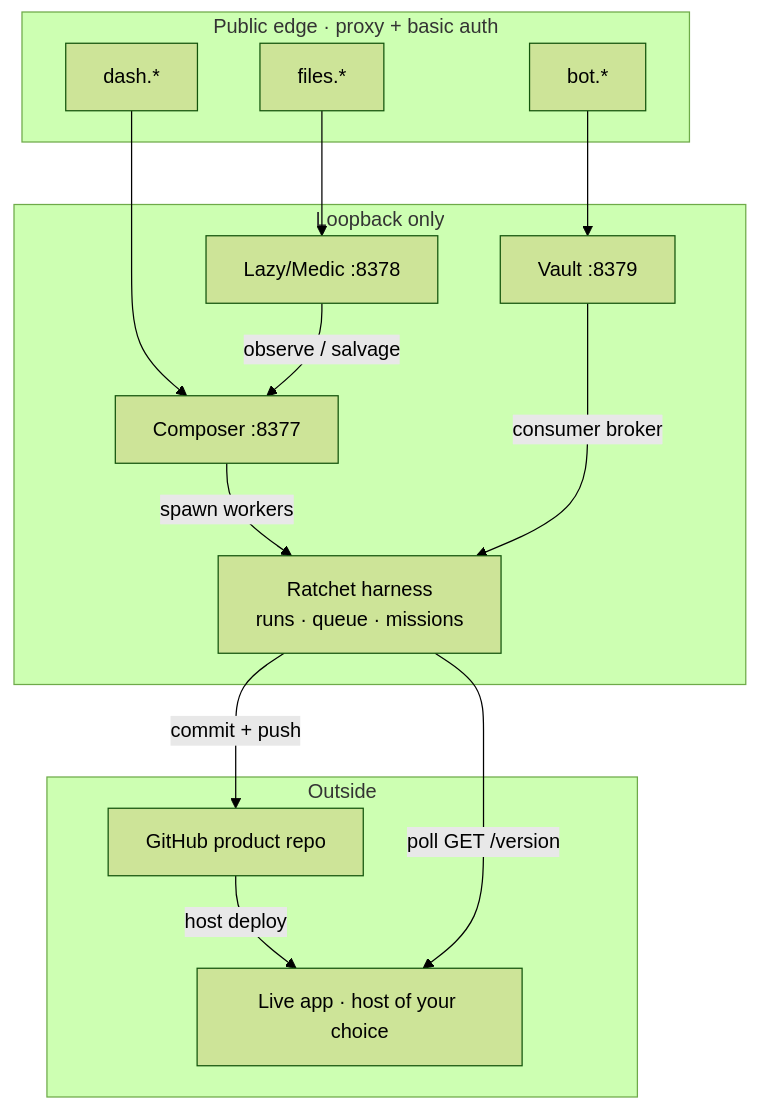
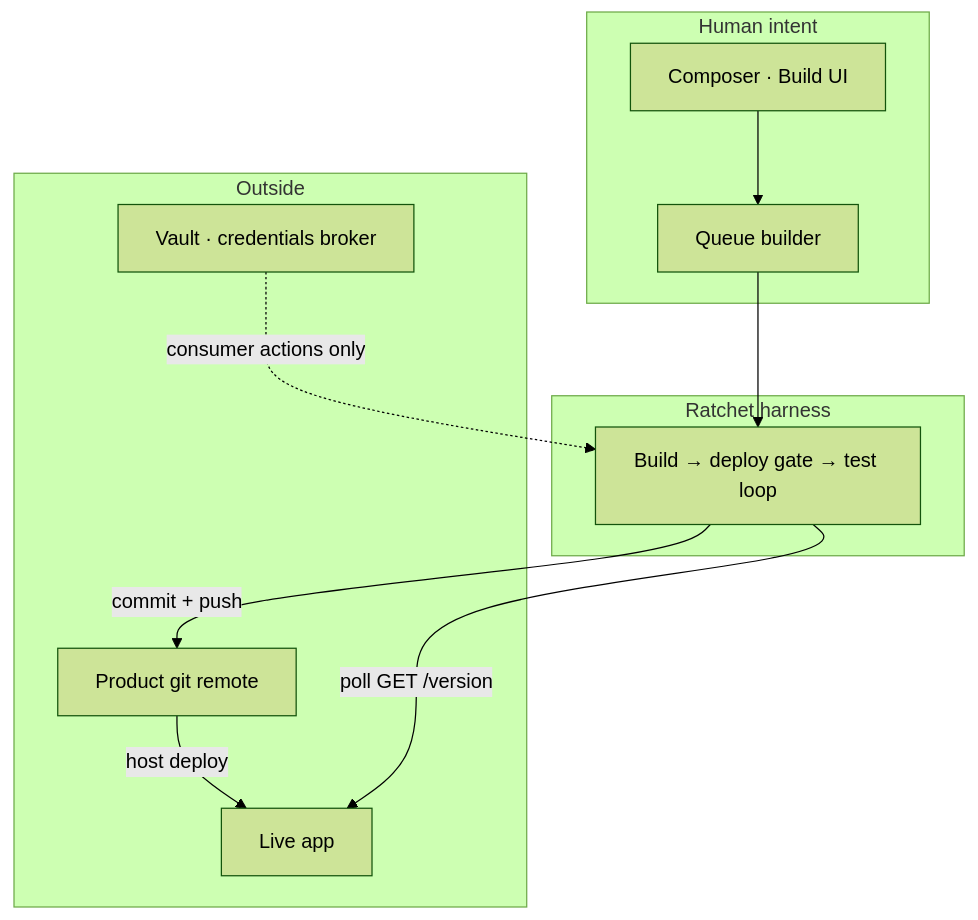
One commit to southu/vygo changed the first of 2 diagrams in content/vibe-coding/ratchet-guide/architecture.md. Above: the diagram before and after it, drawn with Mermaid (forest theme). The commit also changed other lines of this file and 42 other files, not shown here.

````diff
--- a/content/vibe-coding/ratchet-guide/architecture.md
+++ b/content/vibe-coding/ratchet-guide/architecture.md
@@ -9,30 +9,23 @@
 ```mermaid
 flowchart TB
-  subgraph edge [Public edge · proxy + basic auth]
-    DASH[dash.*]
-    FILES[files.*]
-    BOT[bot.*]
+  subgraph human [Human intent]
+    UI[Composer · Build UI]
+    QB[Queue builder]
   end
 
-  subgraph loopback [Loopback only]
-    C[Composer :8377]
-    L[Lazy/Medic :8378]
-    V[Vault :8379]
-    H[Ratchet harness<br/>runs · queue · missions]
+  subgraph factory [Ratchet harness]
+    H[Build → deploy gate → test loop]
   end
 
   subgraph outside [Outside]
-    GH[GitHub product repo]
-    LIVE[Live app · host of your choice]
+    GH[Product git remote]
+    LIVE[Live app]
+    V[Vault · credentials broker]
   end
 
-  DASH --> C
-  FILES --> L
-  BOT --> V
-  C -->|spawn workers| H
-  L -->|observe / salvage| C
-  V -->|consumer broker| H
+  UI --> QB --> H
+  V -.->|consumer actions only| H
   H -->|commit + push| GH
   GH -->|host deploy| LIVE
   H -->|poll GET /version| LIVE
 ```
````
